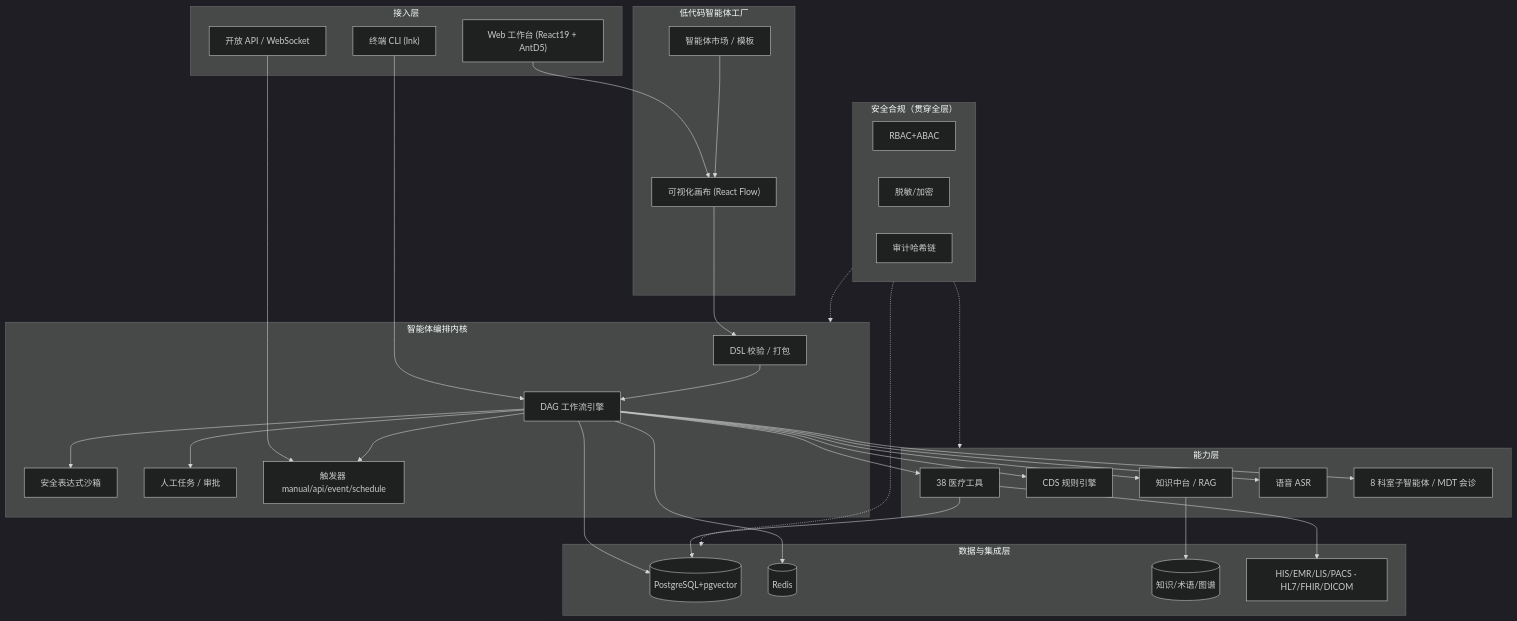
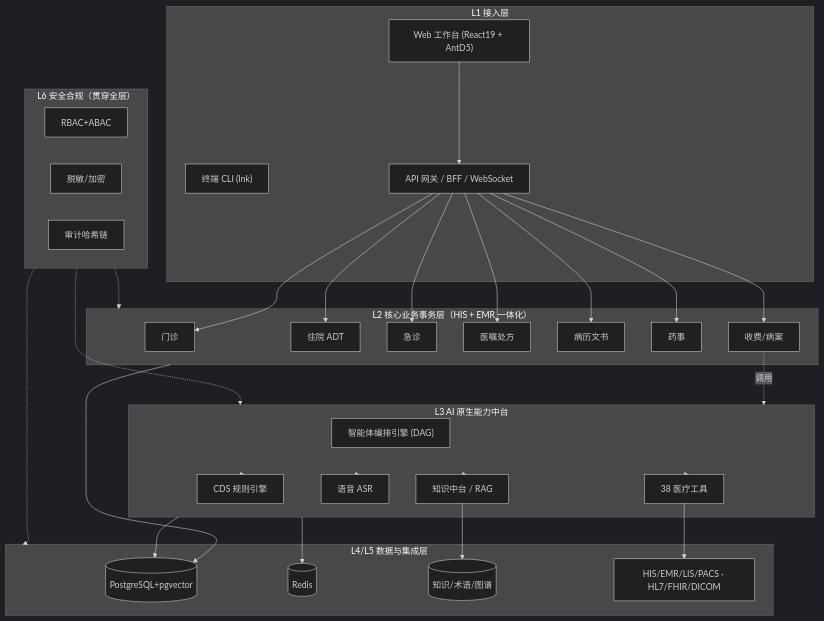
Before and after one commit to chenweidaben/JLAIharnessos: the diagram in README.md, drawn with Mermaid (dark theme). The commit also changed other lines of this file and 8 other files, not shown here.

First line of the commit message:
docs(architecture): add six-perspective architecture review and refresh READMEs

````diff
--- a/README.md
+++ b/README.md
@@ -60,55 +98,49 @@
 ```mermaid
 flowchart TB
-    subgraph Access["接入层"]
+    subgraph Access["L1 接入层"]
         WEB["Web 工作台 (React19 + AntD5)"]
         CLI["终端 CLI (Ink)"]
-        API["开放 API / WebSocket"]
+        API["API 网关 / BFF / WebSocket"]
     end
 
-    subgraph Factory["低代码智能体工厂"]
-        CANVAS["可视化画布 (React Flow)"]
-        MARKET["智能体市场 / 模板"]
+    subgraph Biz["L2 核心业务事务层（HIS + EMR 一体化）"]
+        OUT["门诊"]
+        INP["住院 ADT"]
+        EM["急诊"]
+        ORD["医嘱处方"]
+        DOC["病历文书"]
+        PHA["药事"]
+        BIL["收费/病案"]
     end
 
-    subgraph Orch["智能体编排内核"]
-        DSL["DSL 校验 / 打包"]
-        ENGINE["DAG 工作流引擎"]
-        SANDBOX["安全表达式沙箱"]
-        HUMAN["人工任务 / 审批"]
-        TRIG["触发器 manual/api/event/schedule"]
-    end
-
-    subgraph Cap["能力层"]
+    subgraph AI["L3 AI 原生能力中台"]
+        ENGINE["智能体编排引擎 (DAG)"]
         TOOLS["38 医疗工具"]
         CDS["CDS 规则引擎"]
         RAG["知识中台 / RAG"]
         VOICE["语音 ASR"]
-        SUB["8 科室子智能体 / MDT 会诊"]
     end
 
-    subgraph Data["数据与集成层"]
+    subgraph Data["L4/L5 数据与集成层"]
         PG[("PostgreSQL+pgvector")]
         REDIS[("Redis")]
         KB[("知识/术语/图谱")]
         INT["HIS/EMR/LIS/PACS · HL7/FHIR/DICOM"]
     end
 
-    subgraph Sec["安全合规（贯穿全层）"]
+    subgraph Sec["L6 安全合规（贯穿全层）"]
         RBAC["RBAC+ABAC"]
         MASK["脱敏/加密"]
         AUDIT["审计哈希链"]
     end
 
-    WEB --> CANVAS --> DSL
-    CLI --> ENGINE
-    API --> TRIG
-    MARKET --> CANVAS
-    DSL --> ENGINE
-    ENGINE --> SANDBOX & HUMAN & TRIG
-    ENGINE --> TOOLS & CDS & RAG & VOICE & SUB
+    WEB --> API
+    API --> OUT & INP & EM & ORD & DOC & PHA & BIL
+    BIL -.调用.-> AI
+    AI --> TOOLS & CDS & RAG & VOICE
     TOOLS --> INT
     RAG --> KB
-    ENGINE --> PG & REDIS
-    TOOLS --> PG
-    Sec -.-> Orch & Cap & Data
+    Biz --> PG
+    AI --> PG & REDIS
+    Sec -.-> Biz & AI & Data
 ```
````
